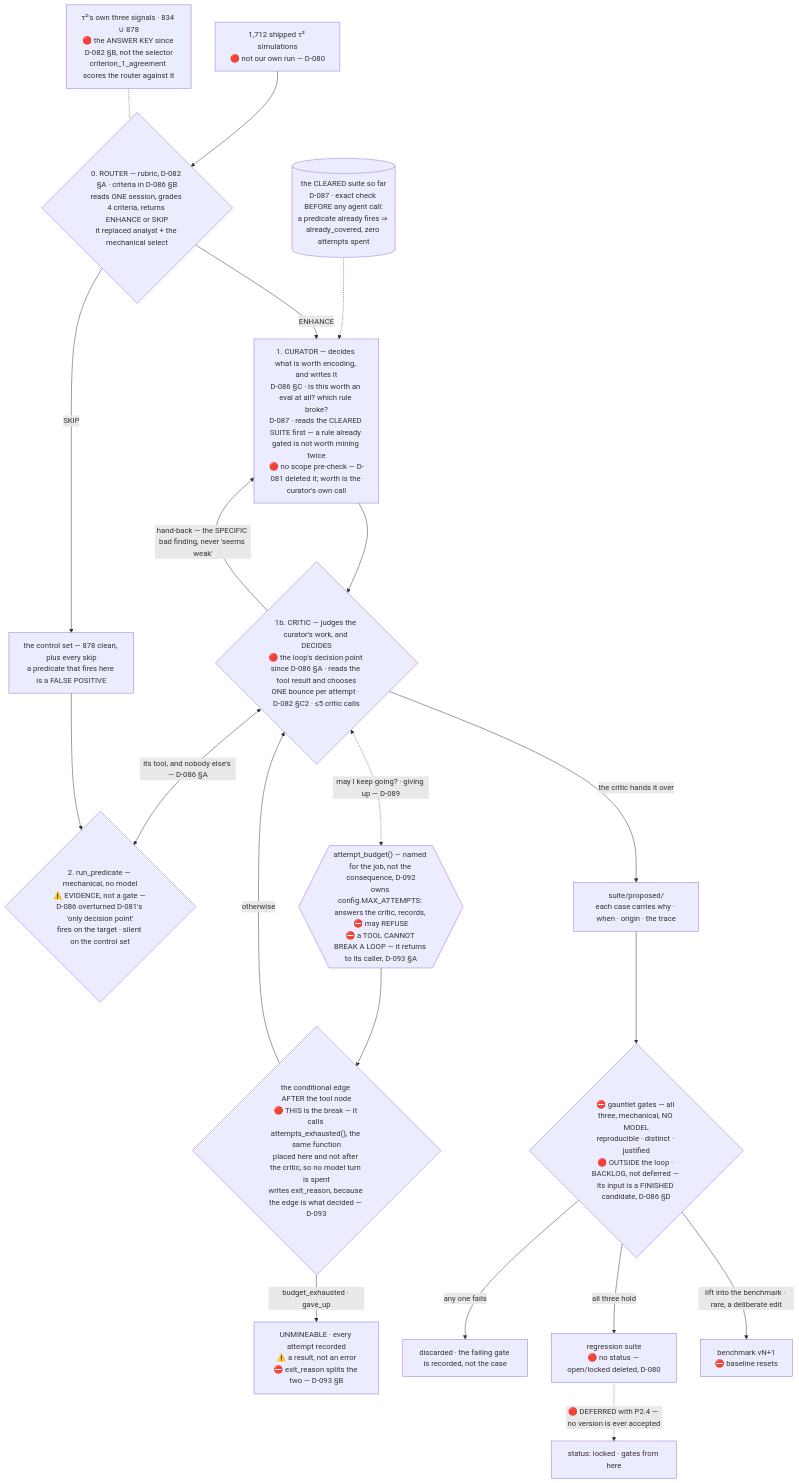
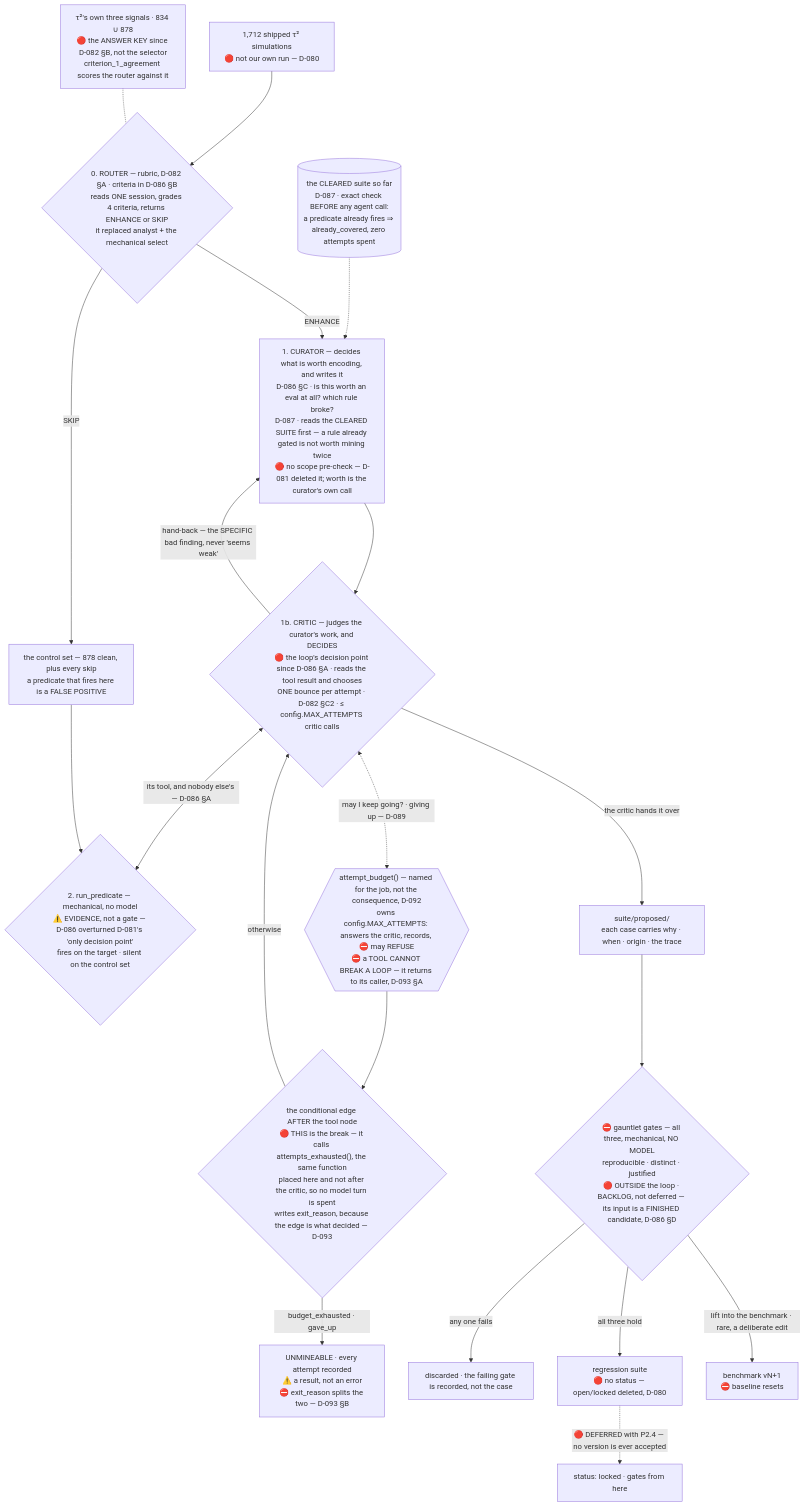
The diagram in docs/02-gates.md (sandeepyadav1478/touchstone), drawn with Mermaid before and after one commit. The commit also changed 4 other files, not shown here.

First line of the commit message:
Quote MAX_ATTEMPTS in the diagrams, and stop the README arrow claiming the tool exits

````diff
--- a/docs/02-gates.md
+++ b/docs/02-gates.md
@@ -365,22 +365,22 @@
 ```mermaid
 flowchart TB
   SUITE0[("the CLEARED suite so far<br/>D-087 · exact check BEFORE any agent call:<br/>a predicate already fires ⇒ already_covered, zero attempts spent")] -.-> TRANS
   SCORE["1,712 shipped τ² simulations<br/>🔴 not our own run — D-080"] --> ROUTER{"0. ROUTER — rubric, D-082 §A · criteria in D-086 §B<br/>reads ONE session, grades 4 criteria, returns ENHANCE or SKIP<br/>it replaced analyst + the mechanical select"}
   ROUTER -->|SKIP| CLEAN["the control set — 878 clean, plus every skip<br/>a predicate that fires here is a FALSE POSITIVE"]
   KEY["τ²'s own three signals · 834 ∪ 878<br/>🔴 the ANSWER KEY since D-082 §B, not the selector<br/>criterion_1_agreement scores the router against it"] -.- ROUTER
   ROUTER -->|ENHANCE| TRANS["1. CURATOR — decides what is worth encoding, and writes it<br/>D-086 §C · is this worth an eval at all? which rule broke?<br/>D-087 · reads the CLEARED SUITE first — a rule already gated is not worth mining twice<br/>🔴 no scope pre-check — D-081 deleted it; worth is the curator's own call"]
-  TRANS --> CRIT{"1b. CRITIC — judges the curator's work, and DECIDES<br/>🔴 the loop's decision point since D-086 §A · reads the tool result and chooses<br/>ONE bounce per attempt · D-082 §C2 · ≤5 critic calls"}
+  TRANS --> CRIT{"1b. CRITIC — judges the curator's work, and DECIDES<br/>🔴 the loop's decision point since D-086 §A · reads the tool result and chooses<br/>ONE bounce per attempt · D-082 §C2 · ≤ config.MAX_ATTEMPTS critic calls"}
   CRIT <-->|"its tool, and nobody else's — D-086 §A"| TEST{"2. run_predicate — mechanical, no model<br/>⚠️ EVIDENCE, not a gate — D-086 overturned D-081's 'only decision point'<br/>fires on the target · silent on the control set"}
   CLEAN --> TEST
   CRIT -->|"hand-back — the SPECIFIC bad finding, never 'seems weak'"| TRANS
   CRIT <-.->|"may I keep going? · giving up — D-089"| BUDGET{{"attempt_budget() — named for the job, not the consequence, D-092<br/>owns config.MAX_ATTEMPTS: answers the critic, records, ⛔ may REFUSE<br/>⛔ a TOOL CANNOT BREAK A LOOP — it returns to its caller, D-093 §A"}}
   BUDGET --> EDGE{"the conditional edge AFTER the tool node<br/>🔴 THIS is the break — it calls attempts_exhausted(), the same function<br/>placed here and not after the critic, so no model turn is spent<br/>writes exit_reason, because the edge is what decided — D-093"}
   EDGE -->|"otherwise"| CRIT
   EDGE -->|"budget_exhausted · gave_up"| UNM["UNMINEABLE · every attempt recorded<br/>⚠️ a result, not an error<br/>⛔ exit_reason splits the two — D-093 §B"]
   CRIT -->|"the critic hands it over"| PROP["suite/proposed/<br/>each case carries why · when · origin · the trace"]
   PROP --> GAUNTLET{"⛔ gauntlet gates — all three, mechanical, NO MODEL<br/>reproducible · distinct · justified<br/>🔴 OUTSIDE the loop · BACKLOG, not deferred — its input is a FINISHED candidate, D-086 §D"}
   GAUNTLET -->|any one fails| DROP["discarded · the failing gate is recorded, not the case"]
   GAUNTLET -->|all three hold| REG["regression suite<br/>🔴 no status — open/locked deleted, D-080"]
   REG -.->|"🔴 DEFERRED with P2.4 — no version is ever accepted"| LOCK["status: locked · gates from here"]
   GAUNTLET -->|"lift into the benchmark · rare, a deliberate edit"| BENCH["benchmark vN+1<br/>⛔ baseline resets"]
 ```
````
